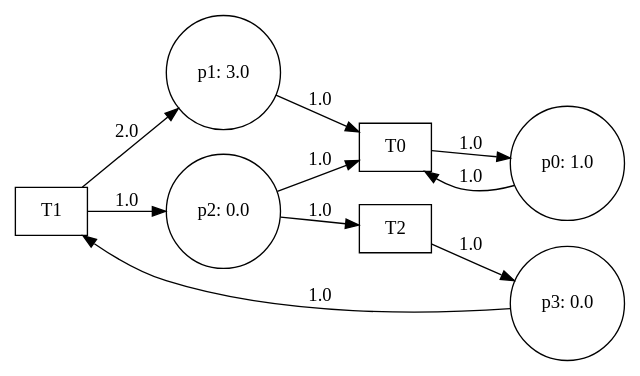
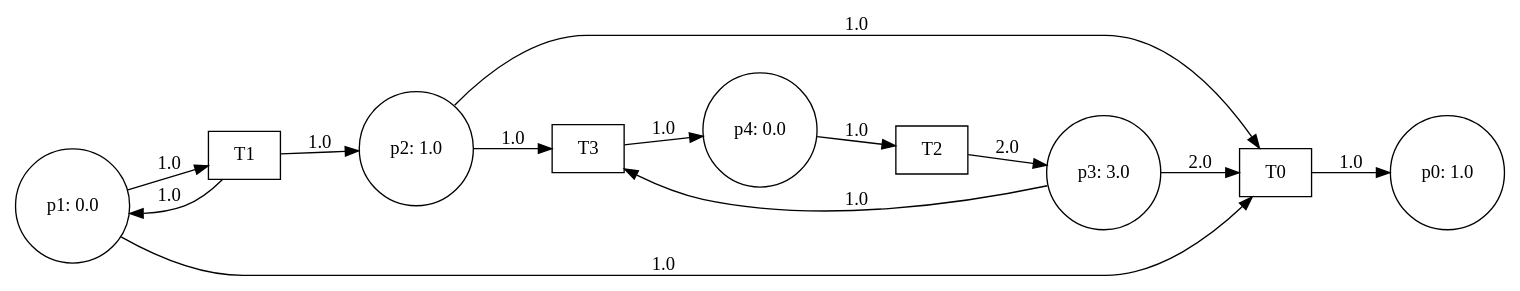
The diagram in PetriDisparo.gv (diln20/petri_net_matrix), drawn with Graphviz before and after one commit. The commit also changed 5 other files, not shown here.

Commit message:
v6_corregido_graphviz

```diff
--- a/PetriDisparo.gv
+++ b/PetriDisparo.gv
@@ -1,26 +1,33 @@
 digraph PetriDisparo {
 	node [shape=box]
 	t0 [label=T0]
 	node [shape=box]
 	t1 [label=T1]
 	node [shape=box]
 	t2 [label=T2]
+	node [shape=box]
+	t3 [label=T3]
 	node [shape=circle]
 	p0 [label="p0: 1.0"]
 	node [shape=circle]
-	p1 [label="p1: 3.0"]
+	p1 [label="p1: 0.0"]
 	node [shape=circle]
-	p2 [label="p2: 0.0"]
+	p2 [label="p2: 1.0"]
 	node [shape=circle]
-	p3 [label="p3: 0.0"]
-	p0 -> t0 [label=1.0]
+	p3 [label="p3: 3.0"]
+	node [shape=circle]
+	p4 [label="p4: 0.0"]
 	t0 -> p0 [label=1.0]
 	p1 -> t0 [label=1.0]
-	t1 -> p1 [label=2.0]
+	p1 -> t1 [label=1.0]
+	t1 -> p1 [label=1.0]
 	p2 -> t0 [label=1.0]
 	t1 -> p2 [label=1.0]
-	p2 -> t2 [label=1.0]
-	p3 -> t1 [label=1.0]
-	t2 -> p3 [label=1.0]
+	p2 -> t3 [label=1.0]
+	p3 -> t0 [label=2.0]
+	t2 -> p3 [label=2.0]
+	p3 -> t3 [label=1.0]
+	p4 -> t2 [label=1.0]
+	t3 -> p4 [label=1.0]
 	rankdir=LR
 }
```
